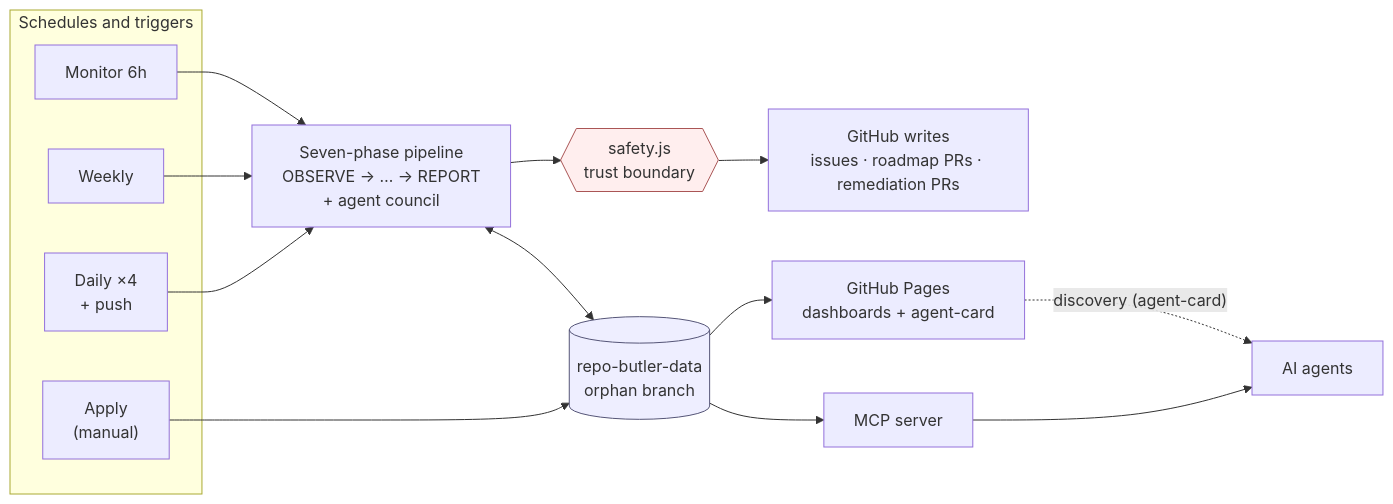
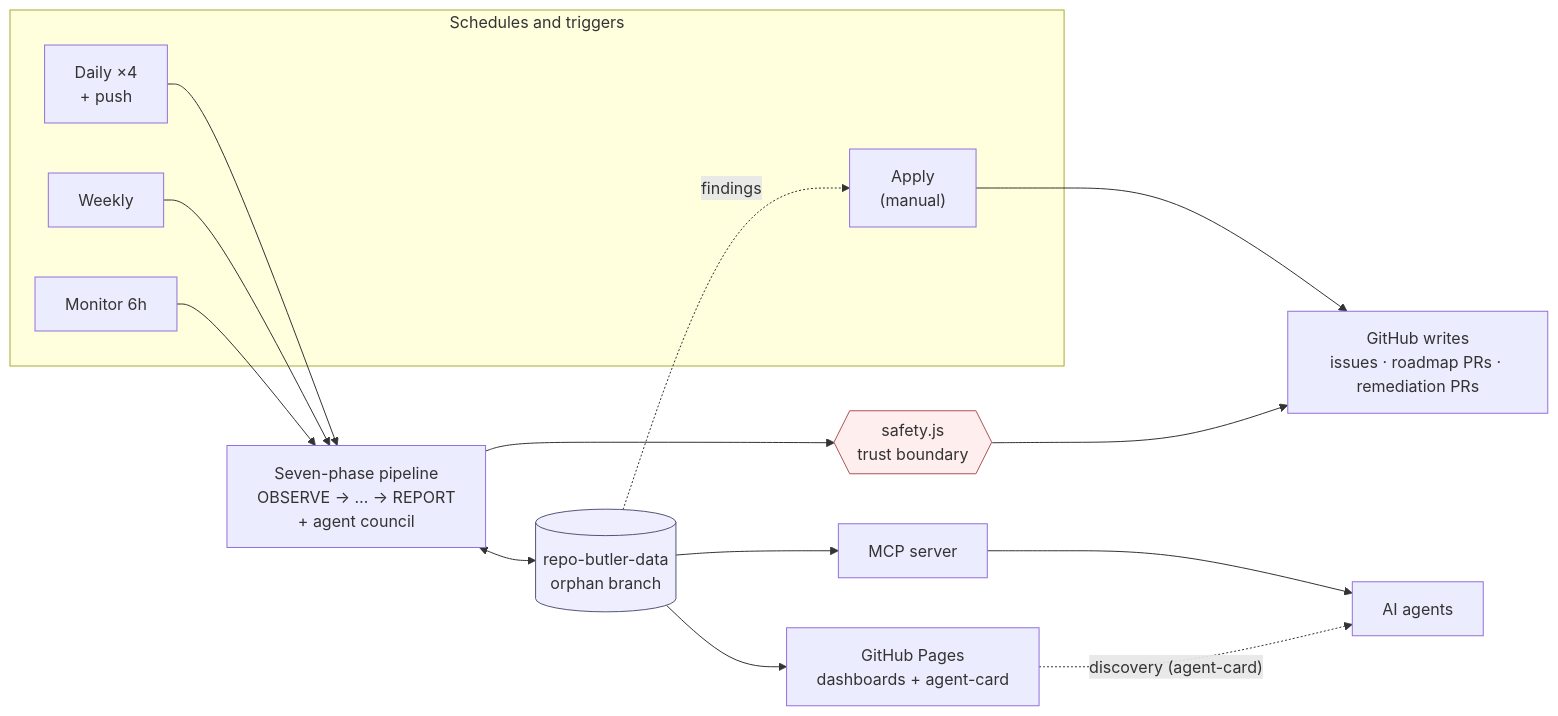
Before and after one commit to IsmaelMartinez/repo-butler: the first of 5 diagrams in docs/architecture.md, drawn with Mermaid. The commit also changed other lines of this file, not shown here.

````diff
--- a/docs/architecture.md
+++ b/docs/architecture.md
@@ -25,31 +25,32 @@
 ```mermaid
 flowchart LR
     subgraph S["Schedules and triggers"]
         D["Daily ×4<br/>+ push"]
         W["Weekly"]
         M["Monitor 6h"]
         A["Apply<br/>(manual)"]
     end
     P["Seven-phase pipeline<br/>OBSERVE → … → REPORT<br/>+ agent council"]
     DB[("repo-butler-data<br/>orphan branch")]
     SF{{"safety.js<br/>trust boundary"}}
     GH["GitHub writes<br/>issues · roadmap PRs · remediation PRs"]
     PG["GitHub Pages<br/>dashboards + agent-card"]
     MCP["MCP server"]
     AG["AI agents"]
 
     D --> P
     W --> P
     M --> P
-    A --> DB
+    DB -. "findings" .-> A
+    A --> GH
     P <--> DB
     P --> SF --> GH
     DB --> PG
     DB --> MCP --> AG
     PG -. "discovery (agent-card)" .-> AG
 
     classDef store fill:#eef,stroke:#557;
     classDef gate fill:#fee,stroke:#a55;
     class DB store;
     class SF gate;
 ```
````
